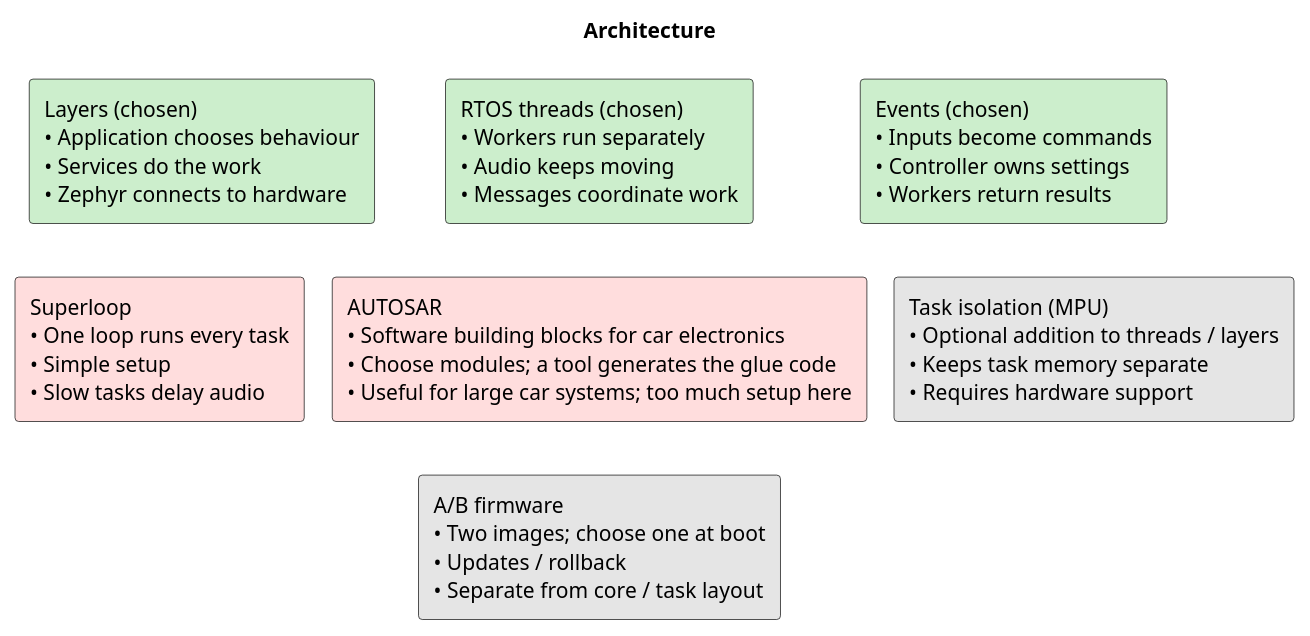
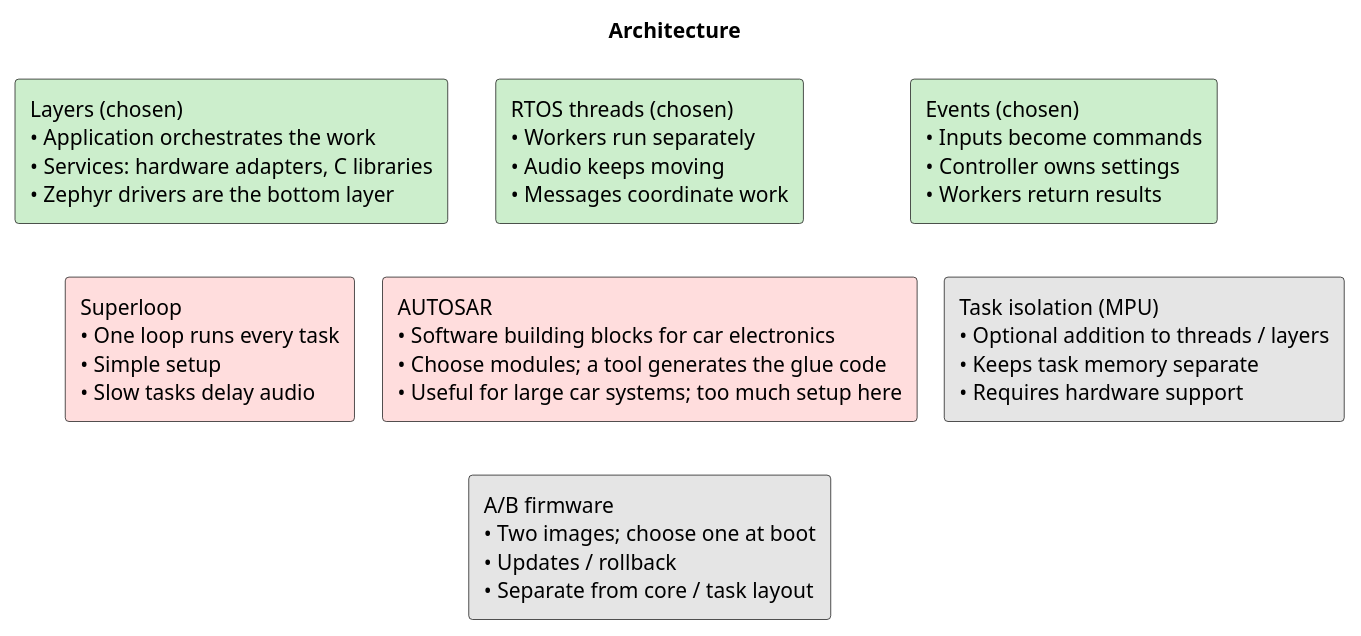
One commit to DemonicPsychoII/DigitalStethoscope changed the diagram in Development/system/architecture/architecture-choice.puml. Above: the diagram before and after it, drawn with PlantUML. The commit also changed 12 other files, not shown here.

First line of the commit message:
Document firmware layer decisions in design, register and diagrams

```diff
--- a/Development/system/architecture/architecture-choice.puml
+++ b/Development/system/architecture/architecture-choice.puml
@@ -1,33 +1,33 @@
 @startuml architecture_choice
 !pragma layout smetana
 skinparam shadowing false
 skinparam component {
  BackgroundColor<<optional>> #EEEEEE
  BorderColor<<optional>> #888888
  FontColor<<optional>> #666666
 }
 skinparam artifact {
  BackgroundColor<<optional>> #EEEEEE
  BorderColor<<optional>> #888888
  FontColor<<optional>> #666666
 }
 skinparam componentStyle rectangle
 skinparam defaultFontName SansSerif
 title Architecture
 top to bottom direction
-component "Layers (chosen)\n• Application chooses behaviour\n• Services do the work\n• Zephyr connects to hardware" as layers #CCEECC
+component "Layers (chosen)\n• Application orchestrates the work\n• Services: hardware adapters, C libraries\n• Zephyr drivers are the bottom layer" as layers #CCEECC
 component "RTOS threads (chosen)\n• Workers run separately\n• Audio keeps moving\n• Messages coordinate work" as rt #CCEECC
 component "Events (chosen)\n• Inputs become commands\n• Controller owns settings\n• Workers return results" as events #CCEECC
 component "Superloop\n• One loop runs every task\n• Simple setup\n• Slow tasks delay audio" as loop #FFDDDD
 component "AUTOSAR\n• Software building blocks for car electronics\n• Choose modules; a tool generates the glue code\n• Useful for large car systems; too much setup here" as auto #FFDDDD
 component "Task isolation (MPU)\n• Optional addition to threads / layers\n• Keeps task memory separate\n• Requires hardware support" as mpu #E5E5E5
 layers -[hidden]right-> rt
 rt -[hidden]right-> events
 layers -[hidden]down-> loop
 rt -[hidden]down-> auto
 events -[hidden]down-> mpu
 loop -[hidden]right-> auto
 auto -[hidden]right-> mpu
 component "A/B firmware\n• Two images; choose one at boot\n• Updates / rollback\n• Separate from core / task layout" as ab #E5E5E5
 auto -[hidden]down-> ab
 @enduml
```
